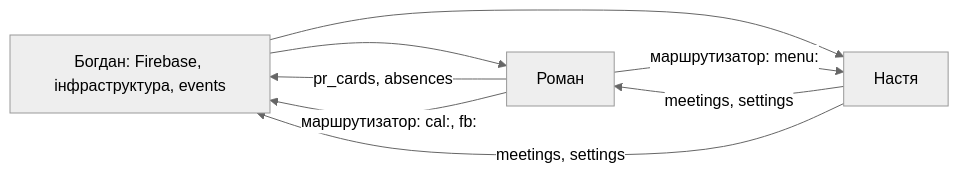
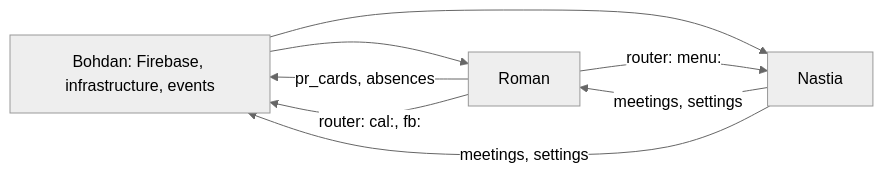
Before and after one commit to mentorflow-lpnu/MentorFlow: the diagram in docs/tasks/README.md, drawn with Mermaid (neutral theme). The commit also changed other lines of this file and 57 other files, not shown here.

````diff
--- a/docs/tasks/README.md
+++ b/docs/tasks/README.md
@@ -38,10 +99,10 @@
 ```mermaid
 flowchart LR
-  B[Богдан: Firebase, інфраструктура, events] --> R[Роман]
-  B --> N[Настя]
+  B[Bohdan: Firebase, infrastructure, events] --> R[Roman]
+  B --> N[Nastia]
   N -->|meetings, settings| R
   N -->|meetings, settings| B
   R -->|pr_cards, absences| B
-  R -->|маршрутизатор: menu:| N
-  R -->|маршрутизатор: cal:, fb:| B
+  R -->|router: menu:| N
+  R -->|router: cal:, fb:| B
 ```
````
